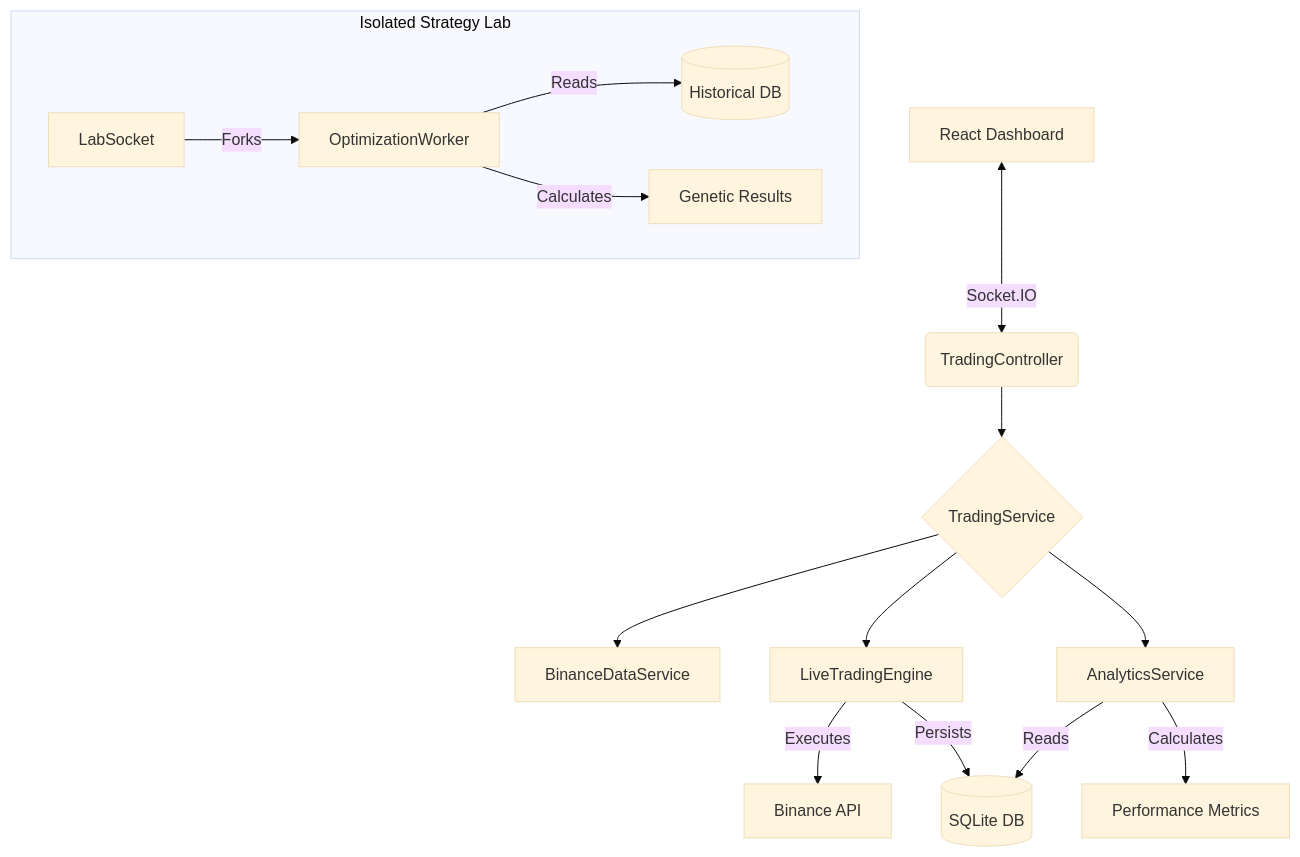
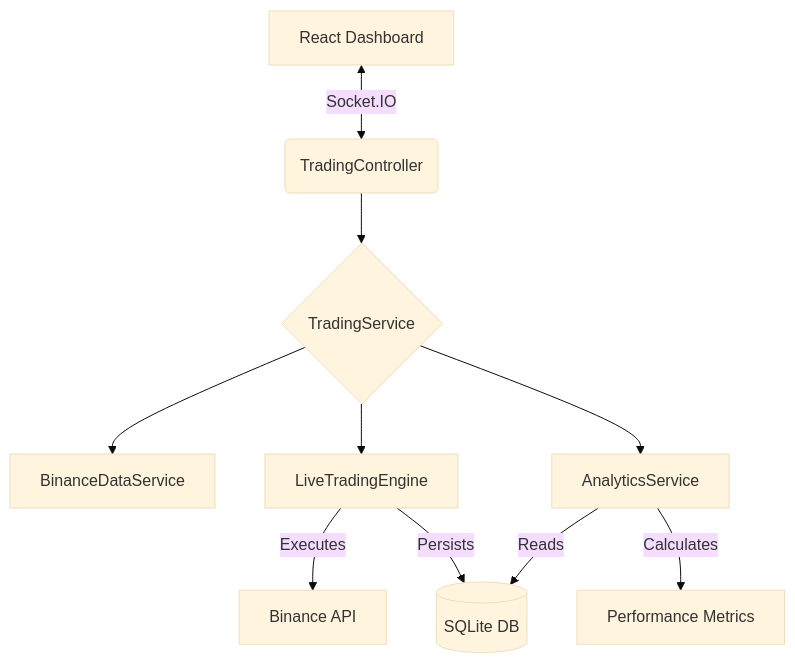
The first of 2 diagrams in README.md (adamSellers/forex-trading-bot), drawn with Mermaid (base theme) before and after one commit.

Commit message:
updating screenshot in README

````diff
--- a/README.md
+++ b/README.md
@@ -78,21 +78,15 @@
 ```mermaid
 
 graph TD
     A[React Dashboard] <-->|Socket.IO| B(TradingController)
     B --> C{TradingService}
     C --> D[BinanceDataService]
     C --> E[LiveTradingEngine]
     C --> F[AnalyticsService]
 
     E -->|Executes| G[Binance API]
     E -->|Persists| H[(SQLite DB)]
 
     F -->|Reads| H
     F -->|Calculates| I[Performance Metrics]
-
-    subgraph "Isolated Strategy Lab"
-    L[LabSocket] -->|Forks| M[OptimizationWorker]
-    M -->|Reads| N[(Historical DB)]
-    M -->|Calculates| O[Genetic Results]
-    end
 ```
````
